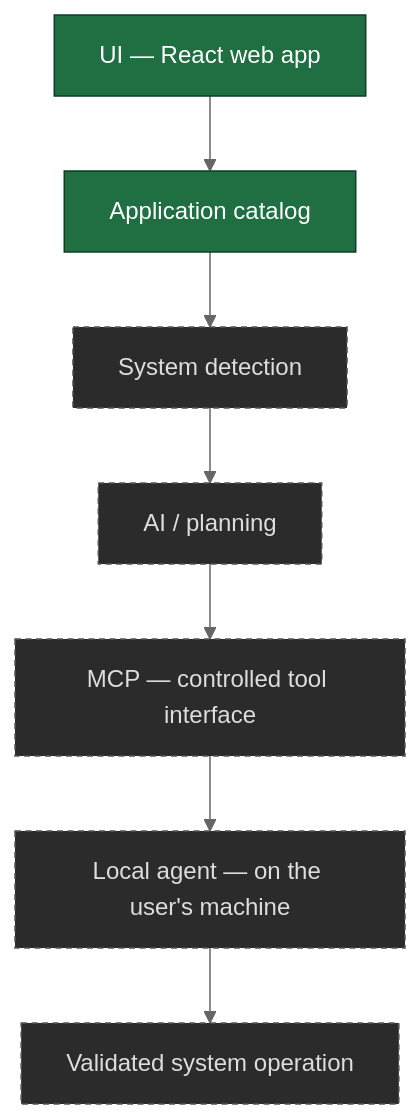
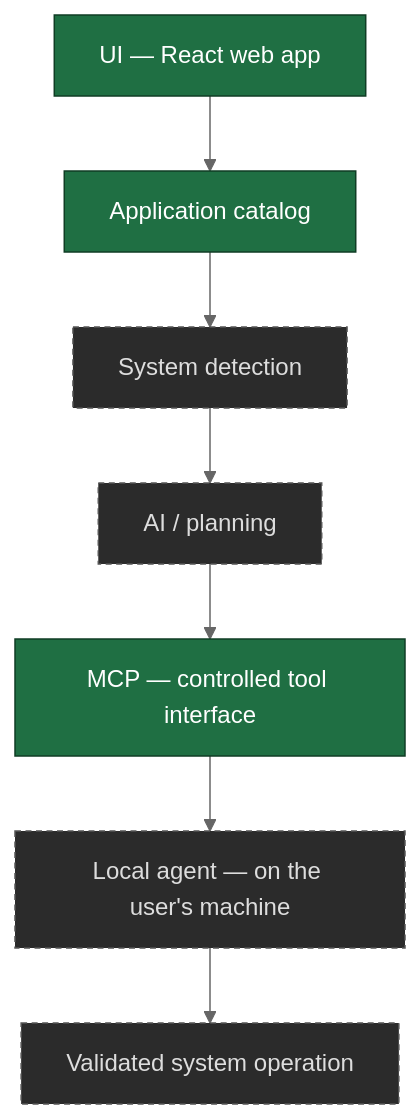
The first of 2 diagrams in docs/architecture.md (AbhiDevepl/ConfigShell), drawn with Mermaid (neutral theme) before and after one commit. The commit also changed other lines of this file and 62 other files, not shown here.

````diff
--- a/docs/architecture.md
+++ b/docs/architecture.md
@@ -38,14 +38,14 @@
 ```mermaid
 flowchart TD
     UI["UI — React web app"] --> CAT["Application catalog"]
     CAT --> DET["System detection"]
     DET --> AI["AI / planning"]
     AI --> MCP["MCP — controlled tool interface"]
     MCP --> AGENT["Local agent — on the user's machine"]
     AGENT --> OP["Validated system operation"]
 
     classDef done fill:#1f6f43,stroke:#0f3d24,color:#fff
     classDef todo fill:#2b2b2b,stroke:#555,color:#ddd,stroke-dasharray: 4 3
-    class UI,CAT done
-    class DET,AI,MCP,AGENT,OP todo
+    class UI,CAT,MCP done
+    class DET,AI,AGENT,OP todo
 ```
````
